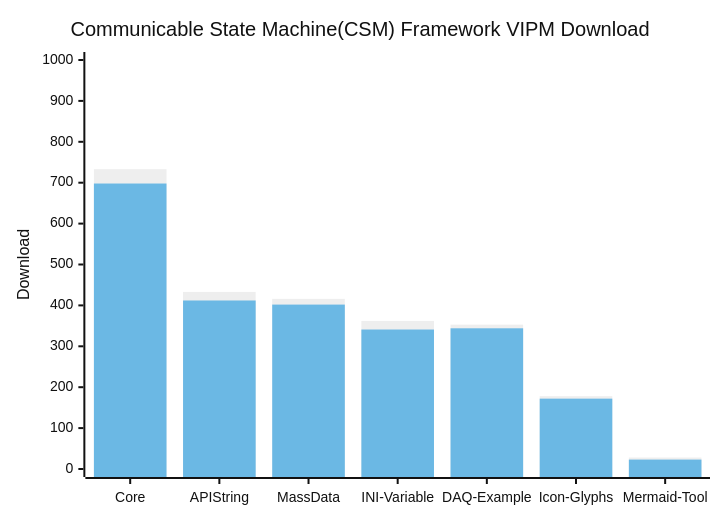
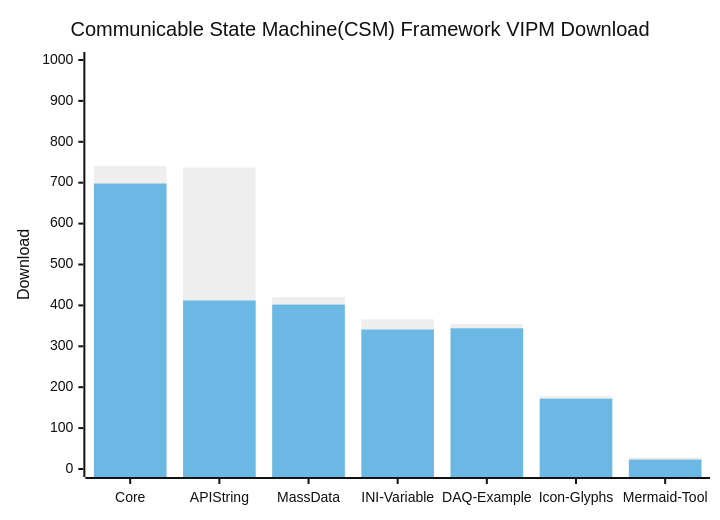
One commit to NEVSTOP-LAB/.github changed the diagram in profile/README.md. Above: the diagram before and after it, drawn with Mermaid (neutral theme).

````diff
--- a/profile/README.md
+++ b/profile/README.md
@@ -27,8 +27,8 @@
 ```mermaid
     xychart-beta
     title "Communicable State Machine(CSM) Framework VIPM Download"
     x-axis [Core, API String, MassData, INI-Variable, DAQ-Example, Icon-Glyphs, Mermaid-Tool]
     y-axis "Download" 0 --> 1000
-    bar   [733, 433, 416, 362, 353, 178, 28]
+    bar   [741, 737, 420, 366, 355, 178, 28]
     bar   [698, 412, 402, 341, 344, 172, 23]
 ```
````
